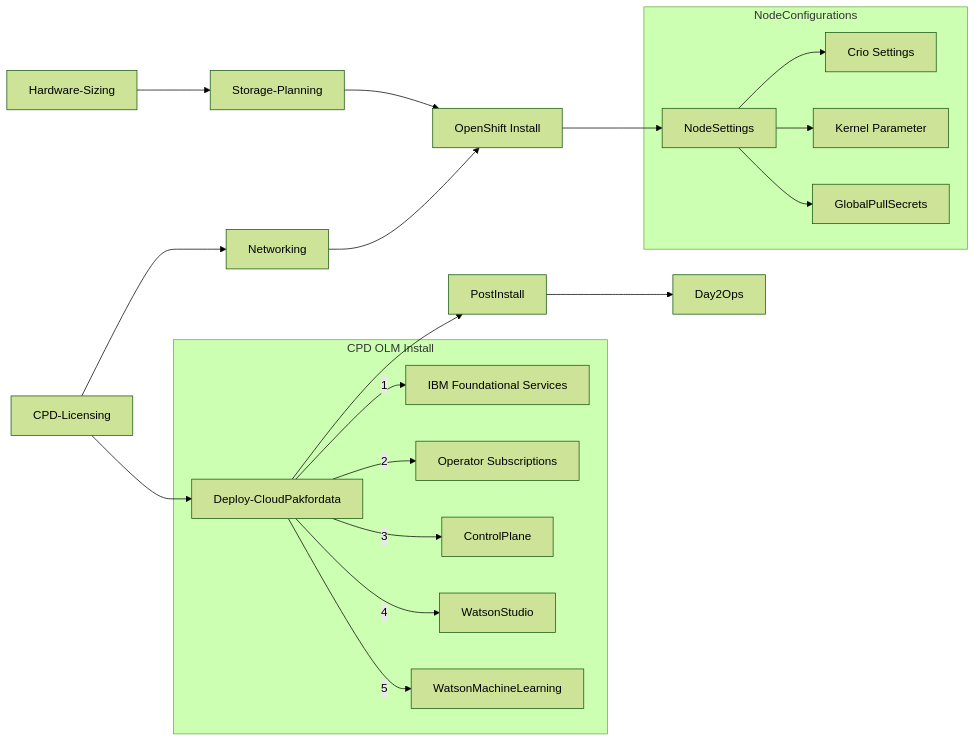
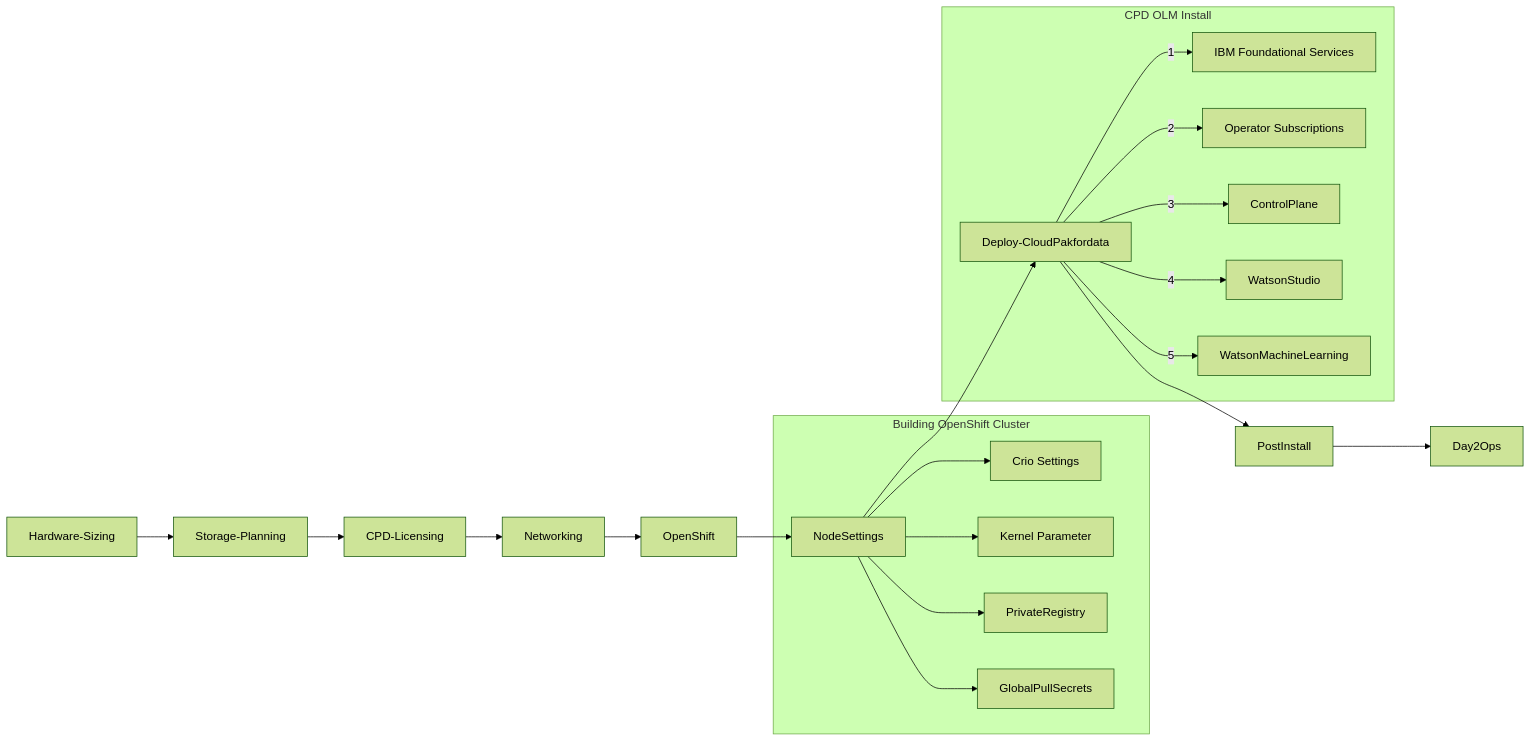
Before and after one commit to ekambaraml/IBM-Cloud-Pak-for-Data: the first of 2 diagrams in cpd45-deployment.md, drawn with Mermaid (forest theme).

````diff
--- a/cpd45-deployment.md
+++ b/cpd45-deployment.md
@@ -87,26 +87,28 @@
 ```mermaid
 graph LR
     
     Hardware-Sizing --> Storage-Planning
-    Storage-Planning --> OpenShift[OpenShift Install]
+    Storage-Planning --> CPD-Licensing
     CPD-Licensing -->  Networking
     Networking --> OpenShift
     OpenShift --> NodeSettings
- 
-    CPD-Licensing --> Deploy-CloudPakfordata
+    NodeSettings --> Deploy-CloudPakfordata
     Deploy-CloudPakfordata --> PostInstall
     PostInstall-->Day2Ops
-    subgraph NodeConfigurations
+    
+    subgraph OCP[Building OpenShift Cluster]
     NodeSettings --> CRIO[Crio Settings]
     NodeSettings --> Kernel[Kernel Parameter]
+    NodeSettings --> PrivateRegistry
     NodeSettings --> GlobalPullSecrets
     end
+    
     subgraph OLM[CPD OLM Install]
     Deploy-CloudPakfordata -->|1| Foundation[IBM Foundational Services]
     Deploy-CloudPakfordata -->|2| Operators[Operator Subscriptions]
     Deploy-CloudPakfordata -->|3| ControlPlane
     Deploy-CloudPakfordata -->|4| WatsonStudio
     Deploy-CloudPakfordata -->|5| WatsonMachineLearning
     end
 
 ```
````
